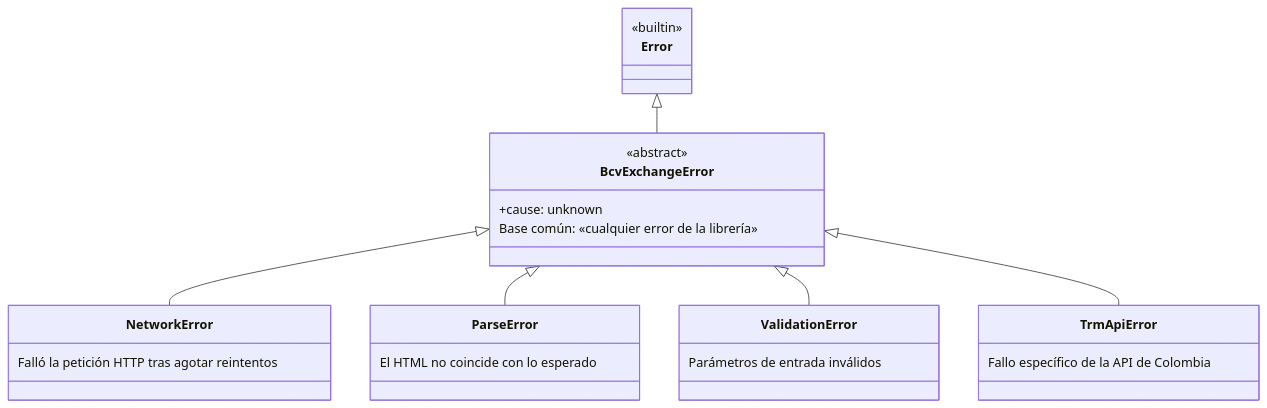
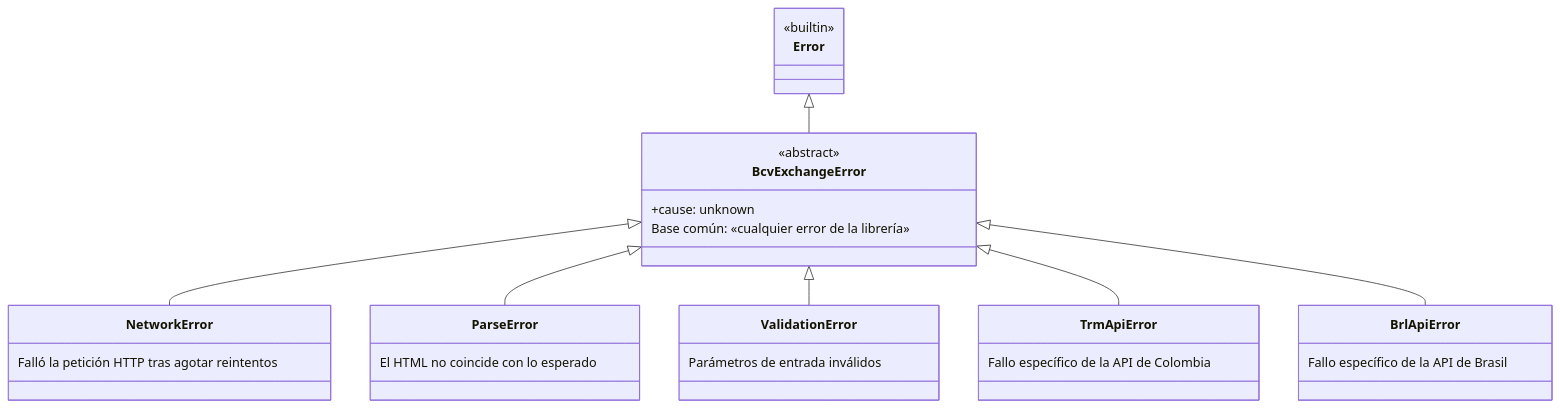
The diagram in docs/guides/errors.md (carrilloapps/bcv-exchange-rate), drawn with Mermaid before and after one commit. The commit also changed other lines of this file and 37 other files, not shown here.

````diff
--- a/docs/guides/errors.md
+++ b/docs/guides/errors.md
@@ -7,29 +7,33 @@
 ```mermaid
 classDiagram
     class Error {
         <<builtin>>
     }
     class BcvExchangeError {
         <<abstract>>
         +cause: unknown
         Base común: «cualquier error de la librería»
     }
     class NetworkError {
         Falló la petición HTTP tras agotar reintentos
     }
     class ParseError {
         El HTML no coincide con lo esperado
     }
     class ValidationError {
         Parámetros de entrada inválidos
     }
     class TrmApiError {
         Fallo específico de la API de Colombia
     }
+    class BrlApiError {
+        Fallo específico de la API de Brasil
+    }
 
     Error <|-- BcvExchangeError
     BcvExchangeError <|-- NetworkError
     BcvExchangeError <|-- ParseError
     BcvExchangeError <|-- ValidationError
     BcvExchangeError <|-- TrmApiError
+    BcvExchangeError <|-- BrlApiError
 ```
````
